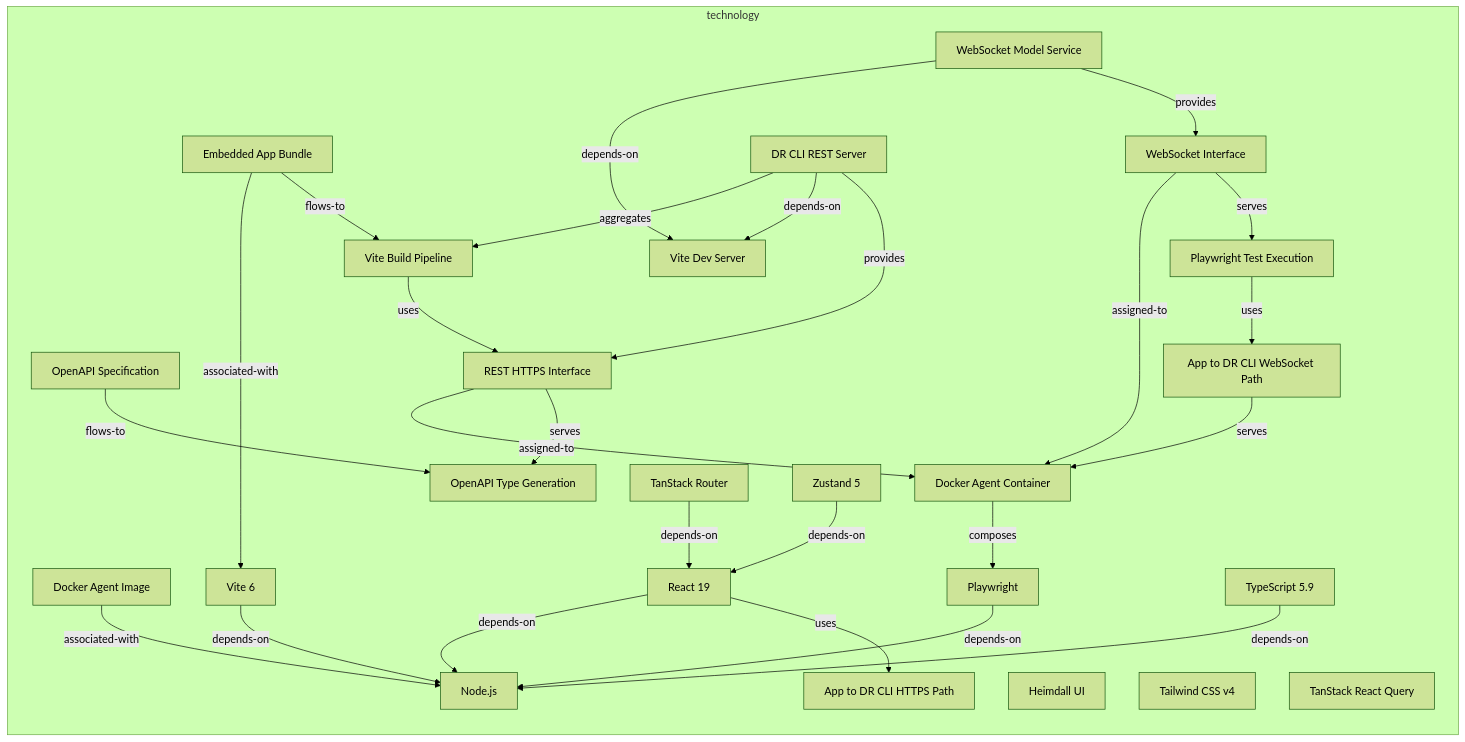
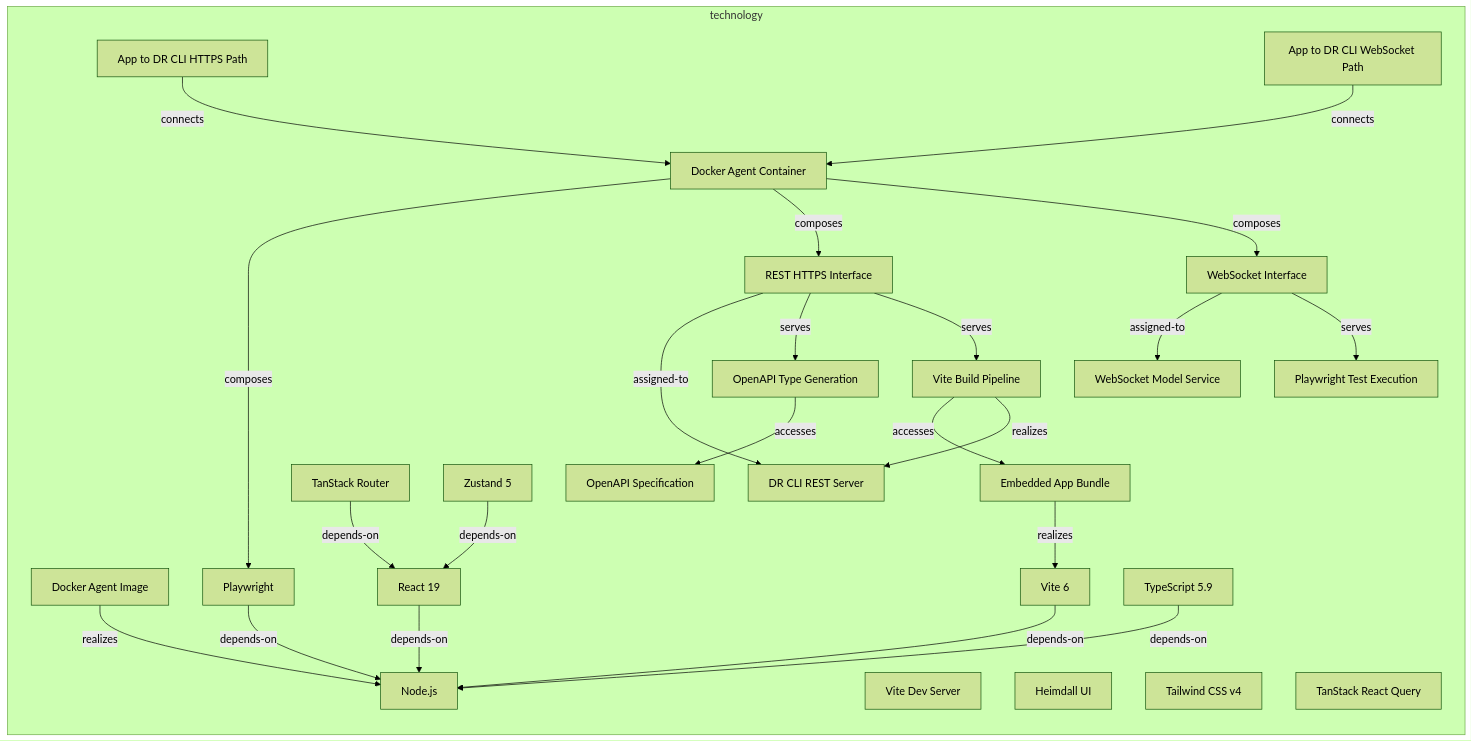
One commit to tinkermonkey/documentation_robotics_viewer changed the first of 2 diagrams in documentation-robotics/reports/06-technology-layer-report.md. Above: the diagram before and after it, drawn with Mermaid (forest theme). The commit also changed other lines of this file and 39 other files, not shown here.

````diff
--- a/documentation-robotics/reports/06-technology-layer-report.md
+++ b/documentation-robotics/reports/06-technology-layer-report.md
@@ -32,53 +32,50 @@
 ```mermaid
 flowchart LR
   subgraph technology
     technology_artifact_docker_agent_image["Docker Agent Image"]
     technology_artifact_embedded_app_bundle["Embedded App Bundle"]
     technology_artifact_open_api_specification["OpenAPI Specification"]
     technology_node_docker_agent_container["Docker Agent Container"]
     technology_node_vite_dev_server["Vite Dev Server"]
     technology_path_app_to_dr_cli_https_path["App to DR CLI HTTPS Path"]
     technology_path_app_to_dr_cli_web_socket_path["App to DR CLI WebSocket Path"]
     technology_systemsoftware_heimdall_ui["Heimdall UI"]
     technology_systemsoftware_nodejs["Node.js"]
     technology_systemsoftware_playwright["Playwright"]
     technology_systemsoftware_react_19["React 19"]
     technology_systemsoftware_tailwind_css_v4["Tailwind CSS v4"]
     technology_systemsoftware_tan_stack_react_query["TanStack React Query"]
     technology_systemsoftware_tan_stack_router["TanStack Router"]
     technology_systemsoftware_type_script_59["TypeScript 5.9"]
     technology_systemsoftware_vite_6["Vite 6"]
     technology_systemsoftware_zustand_5["Zustand 5"]
     technology_technologyinterface_rest_https_interface["REST HTTPS Interface"]
     technology_technologyinterface_web_socket_interface["WebSocket Interface"]
     technology_technologyprocess_open_api_type_generation["OpenAPI Type Generation"]
     technology_technologyprocess_playwright_test_execution["Playwright Test Execution"]
     technology_technologyprocess_vite_build_pipeline["Vite Build Pipeline"]
     technology_technologyservice_dr_cli_rest_server["DR CLI REST Server"]
     technology_technologyservice_web_socket_model_service["WebSocket Model Service"]
-    technology_artifact_docker_agent_image -->|associated-with| technology_systemsoftware_nodejs
-    technology_artifact_embedded_app_bundle -->|associated-with| technology_systemsoftware_vite_6
-    technology_artifact_embedded_app_bundle -->|flows-to| technology_technologyprocess_vite_build_pipeline
-    technology_artifact_open_api_specification -->|flows-to| technology_technologyprocess_open_api_type_generation
+    technology_artifact_docker_agent_image -->|realizes| technology_systemsoftware_nodejs
+    technology_artifact_embedded_app_bundle -->|realizes| technology_systemsoftware_vite_6
     technology_node_docker_agent_container -->|composes| technology_systemsoftware_playwright
-    technology_path_app_to_dr_cli_web_socket_path -->|serves| technology_node_docker_agent_container
+    technology_node_docker_agent_container -->|composes| technology_technologyinterface_rest_https_interface
+    technology_node_docker_agent_container -->|composes| technology_technologyinterface_web_socket_interface
+    technology_path_app_to_dr_cli_https_path -->|connects| technology_node_docker_agent_container
+    technology_path_app_to_dr_cli_web_socket_path -->|connects| technology_node_docker_agent_container
     technology_systemsoftware_playwright -->|depends-on| technology_systemsoftware_nodejs
     technology_systemsoftware_react_19 -->|depends-on| technology_systemsoftware_nodejs
-    technology_systemsoftware_react_19 -->|uses| technology_path_app_to_dr_cli_https_path
     technology_systemsoftware_tan_stack_router -->|depends-on| technology_systemsoftware_react_19
     technology_systemsoftware_type_script_59 -->|depends-on| technology_systemsoftware_nodejs
     technology_systemsoftware_vite_6 -->|depends-on| technology_systemsoftware_nodejs
     technology_systemsoftware_zustand_5 -->|depends-on| technology_systemsoftware_react_19
-    technology_technologyinterface_rest_https_interface -->|assigned-to| technology_node_docker_agent_container
+    technology_technologyinterface_rest_https_interface -->|assigned-to| technology_technologyservice_dr_cli_rest_server
     technology_technologyinterface_rest_https_interface -->|serves| technology_technologyprocess_open_api_type_generation
-    technology_technologyinterface_web_socket_interface -->|assigned-to| technology_node_docker_agent_container
+    technology_technologyinterface_rest_https_interface -->|serves| technology_technologyprocess_vite_build_pipeline
+    technology_technologyinterface_web_socket_interface -->|assigned-to| technology_technologyservice_web_socket_model_service
     technology_technologyinterface_web_socket_interface -->|serves| technology_technologyprocess_playwright_test_execution
-    technology_technologyprocess_playwright_test_execution -->|uses| technology_path_app_to_dr_cli_web_socket_path
-    technology_technologyprocess_vite_build_pipeline -->|uses| technology_technologyinterface_rest_https_interface
-    technology_technologyservice_dr_cli_rest_server -->|aggregates| technology_technologyprocess_vite_build_pipeline
-    technology_technologyservice_dr_cli_rest_server -->|depends-on| technology_node_vite_dev_server
-    technology_technologyservice_dr_cli_rest_server -->|provides| technology_technologyinterface_rest_https_interface
-    technology_technologyservice_web_socket_model_service -->|depends-on| technology_node_vite_dev_server
-    technology_technologyservice_web_socket_model_service -->|provides| technology_technologyinterface_web_socket_interface
+    technology_technologyprocess_open_api_type_generation -->|accesses| technology_artifact_open_api_specification
+    technology_technologyprocess_vite_build_pipeline -->|accesses| technology_artifact_embedded_app_bundle
+    technology_technologyprocess_vite_build_pipeline -->|realizes| technology_technologyservice_dr_cli_rest_server
   end
 ```
````
